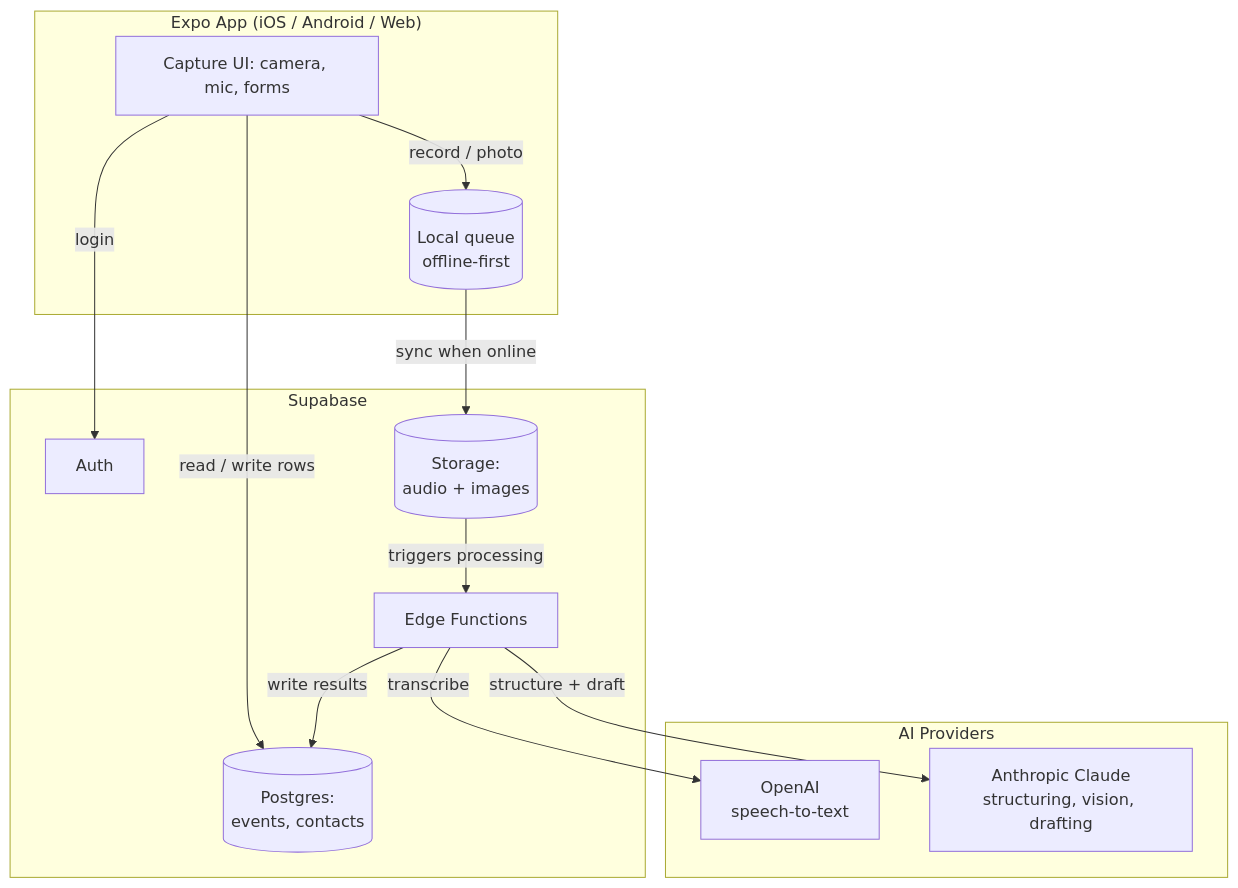
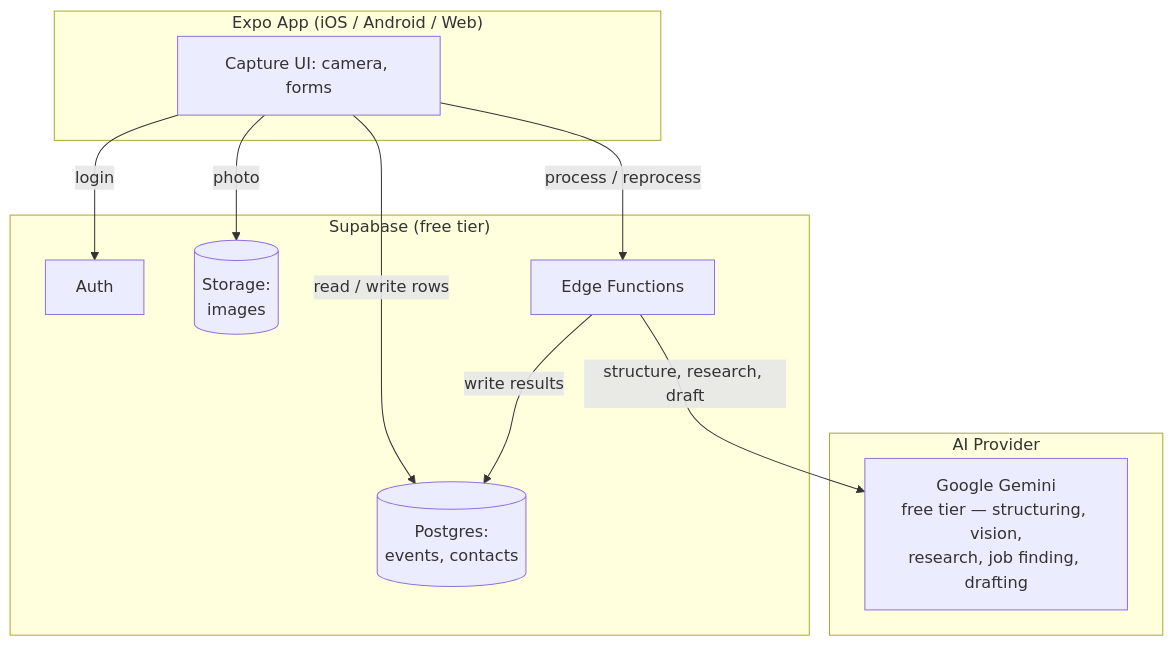
One commit to SnehMistry/boothbuddy changed the diagram in README.md. Above: the diagram before and after it, drawn with Mermaid. The commit also changed other lines of this file and 14 other files, not shown here.

First line of the commit message:
Remove audio completely; update specs for $0 Gemini-only pipeline

````diff
--- a/README.md
+++ b/README.md
@@ -68,28 +69,24 @@
 ```mermaid
 flowchart TD
     subgraph Client["Expo App (iOS / Android / Web)"]
-        UI[Capture UI: camera, mic, forms]
-        Local[(Local queue<br/>offline-first)]
+        UI[Capture UI: camera, forms]
     end
 
-    subgraph Supabase["Supabase"]
+    subgraph Supabase["Supabase (free tier)"]
         Auth[Auth]
         DB[(Postgres:<br/>events, contacts)]
-        Storage[(Storage:<br/>audio + images)]
+        Storage[(Storage:<br/>images)]
         Edge[Edge Functions]
     end
 
-    subgraph AI["AI Providers"]
-        STT[OpenAI<br/>speech-to-text]
-        Claude[Anthropic Claude<br/>structuring, vision, drafting]
+    subgraph AI["AI Provider"]
+        Gemini[Google Gemini<br/>free tier — structuring, vision,<br/>research, job finding, drafting]
     end
 
-    UI -->|record / photo| Local
-    Local -->|sync when online| Storage
+    UI -->|photo| Storage
     UI -->|read / write rows| DB
     UI -->|login| Auth
-    Storage -->|triggers processing| Edge
-    Edge -->|transcribe| STT
-    Edge -->|structure + draft| Claude
+    UI -->|process / reprocess| Edge
+    Edge -->|structure, research, draft| Gemini
     Edge -->|write results| DB
 ```
````
